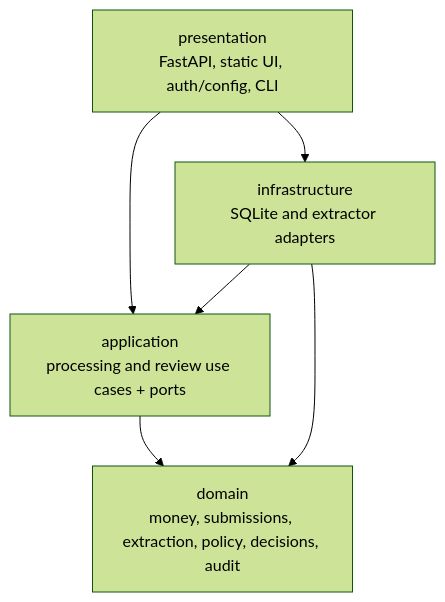
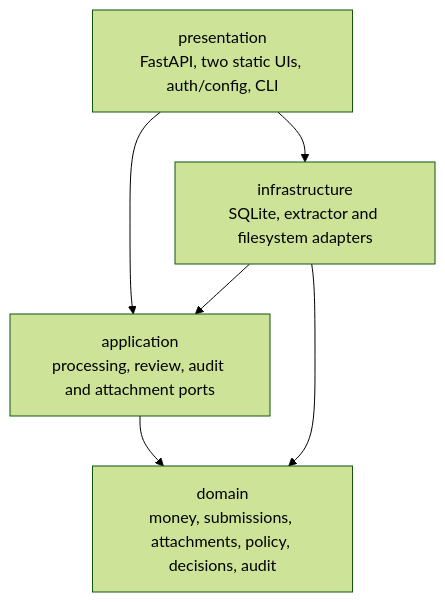
One commit to Dev-Luigy/automation_luigygabriel changed the second of 8 diagrams in docs/architecture.md. Above: the diagram before and after it, drawn with Mermaid (forest theme). The commit also changed other lines of this file and 10 other files, not shown here.

Commit message:
docs: align architecture and traceability model

````diff
--- a/docs/architecture.md
+++ b/docs/architecture.md
@@ -68,13 +96,13 @@
 ```mermaid
 flowchart TB
-    Presentation["presentation\nFastAPI, static UI, auth/config, CLI"]
-    Application["application\nprocessing and review use cases + ports"]
-    Domain["domain\nmoney, submissions, extraction, policy, decisions, audit"]
-    Infrastructure["infrastructure\nSQLite and extractor adapters"]
+    Presentation["presentation\nFastAPI, two static UIs, auth/config, CLI"]
+    Application["application\nprocessing, review, audit and attachment ports"]
+    Domain["domain\nmoney, submissions, attachments, policy, decisions, audit"]
+    Infrastructure["infrastructure\nSQLite, extractor and filesystem adapters"]
 
     Presentation --> Application
     Presentation --> Infrastructure
     Application --> Domain
     Infrastructure --> Application
     Infrastructure --> Domain
 ```
````
